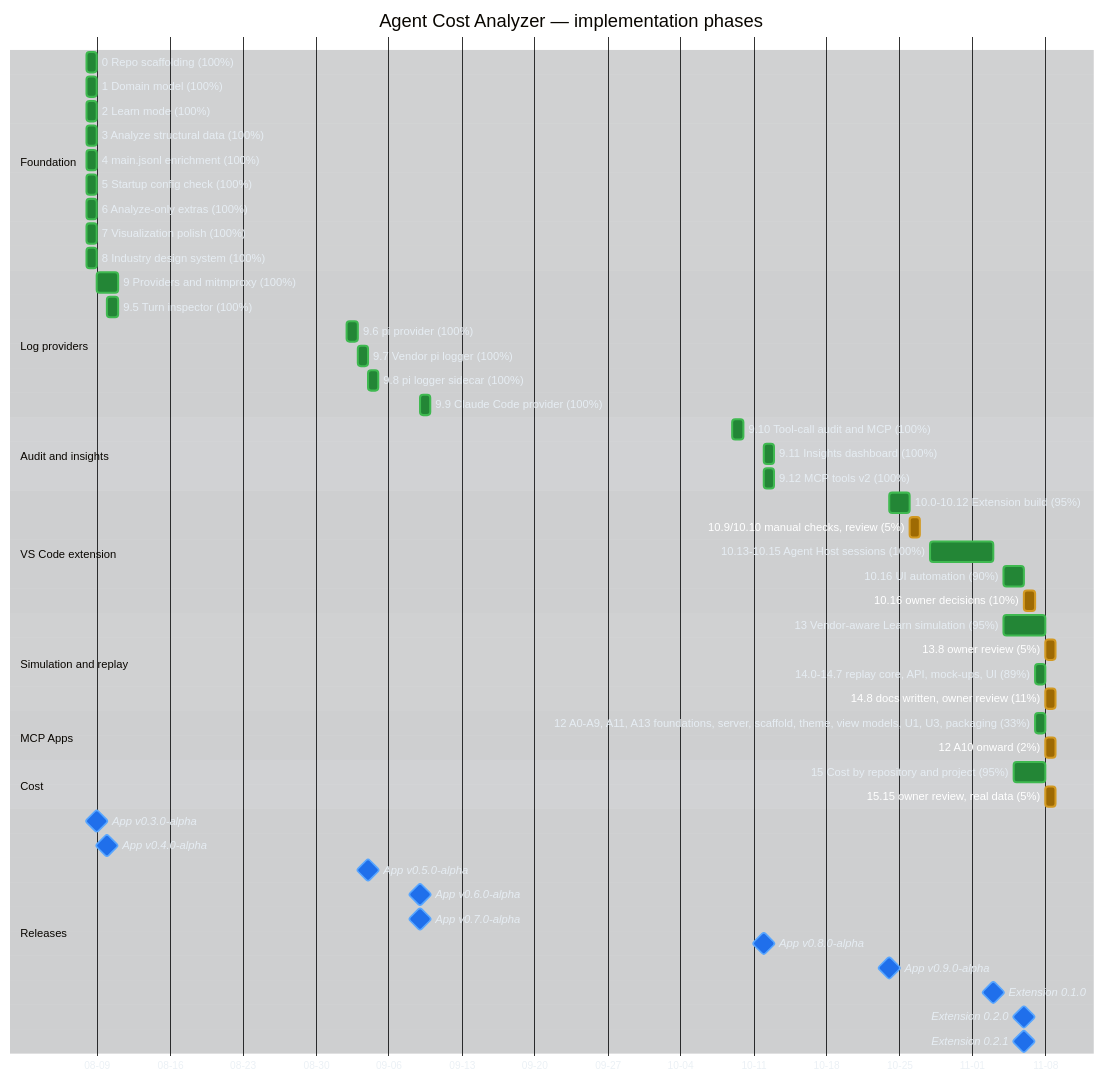
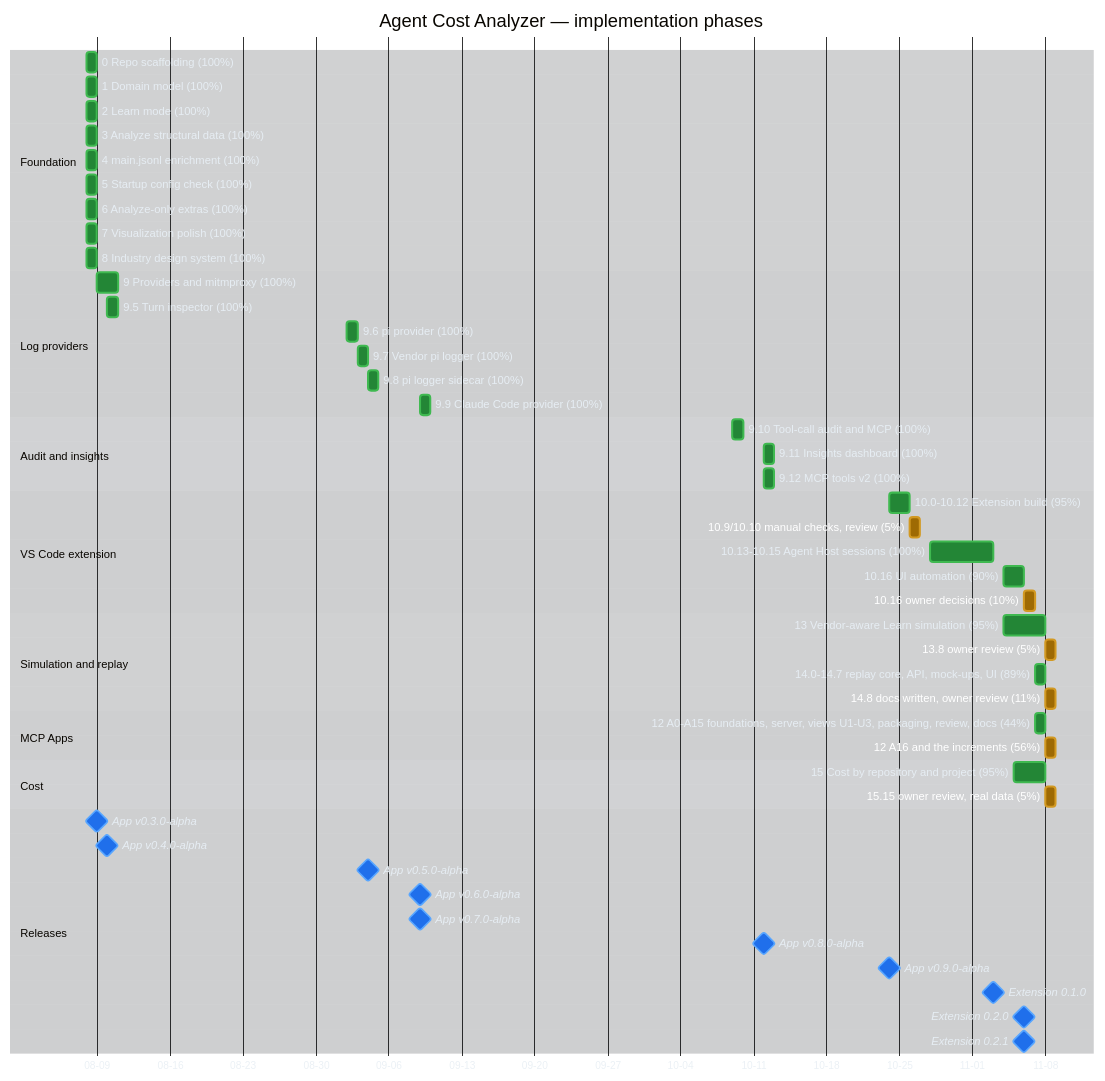
The first of 2 diagrams in docs/implementation-plan-gantt.md (raulkivi/agent-cost-analyzer), drawn with Mermaid before and after one commit. The commit also changed other lines of this file and 57 other files, not shown here.

First line of the commit message:
Phase 12 A14 + A15 + copy-flow fix: a11y/security review, docs, Open Session… picker (#188)

```diff
--- a/docs/implementation-plan-gantt.md
+++ b/docs/implementation-plan-gantt.md
@@ -76,8 +76,8 @@
     14.8 docs written, owner review (11%)  :active, p14r, after p14, 1d
 
     section MCP Apps
-    12 A0-A9, A11, A13 foundations, server, scaffold, theme, view models, U1, U3, packaging (33%) :done, p12a, 2026-11-07, 1d
-    12 A10 onward (2%) :active, p12b, after p12a, 1d
+    12 A0-A15 foundations, server, views U1-U3, packaging, review, docs (44%) :done, p12a, 2026-11-07, 1d
+    12 A16 and the increments (56%) :active, p12b, after p12a, 1d
 
     section Cost
     15 Cost by repository and project (95%) :done, p15, 2026-11-05, 3d
```
